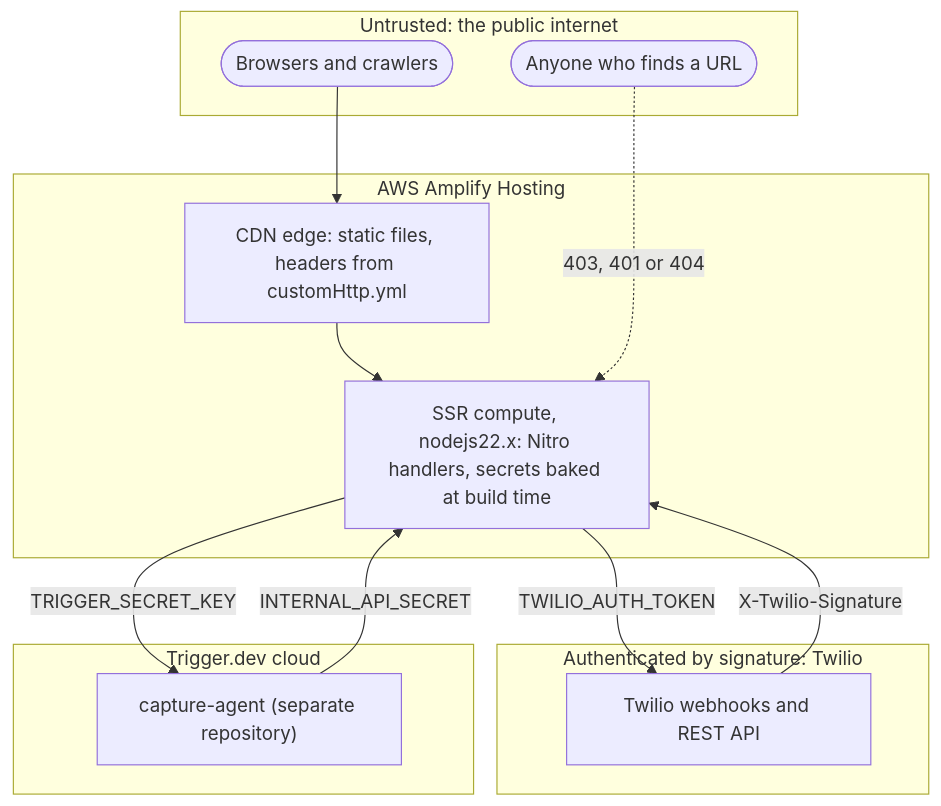
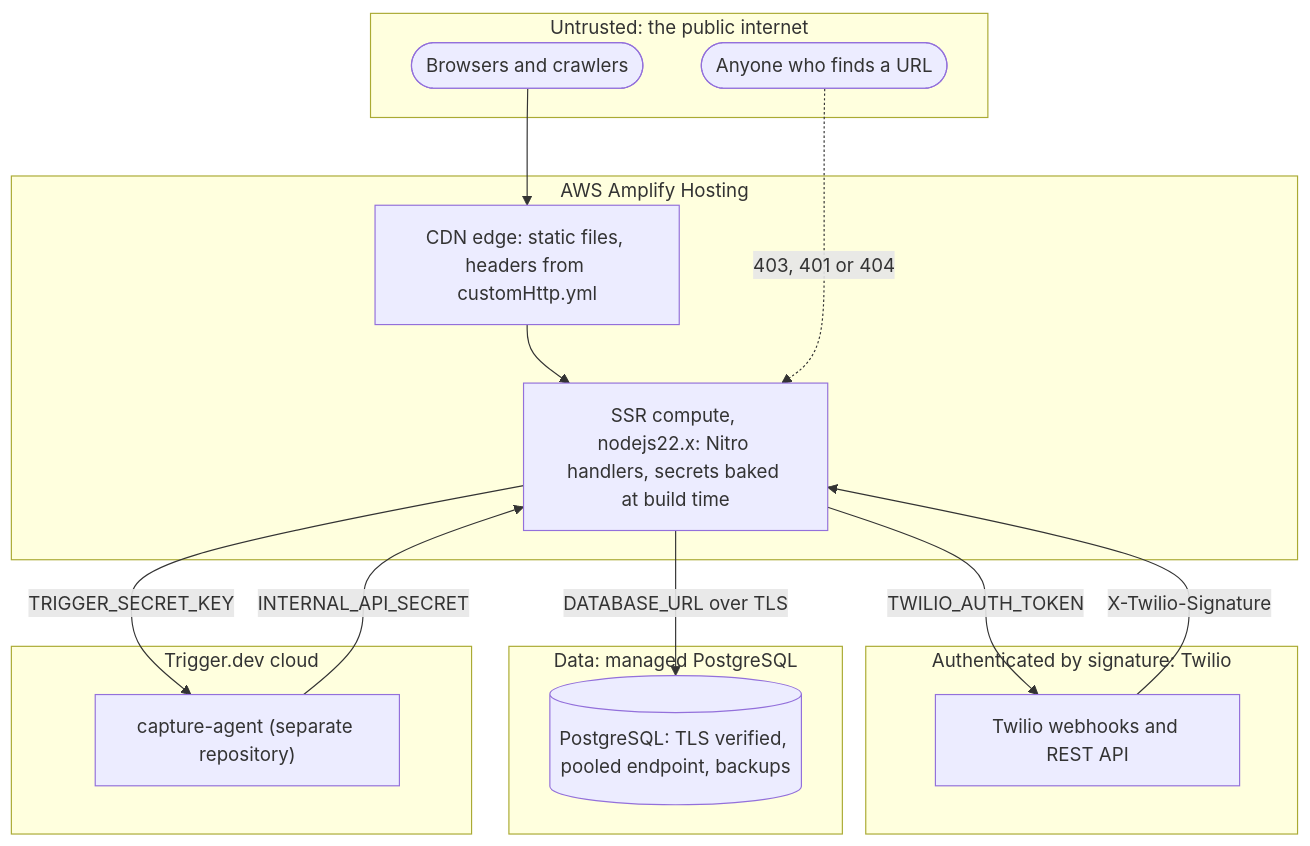
Before and after one commit to oyugimourice/waymark: the sixth of 7 diagrams in docs/Architecture.md, drawn with Mermaid. The commit also changed other lines of this file, not shown here.

First line of the commit message:
Revise Architecture documentation for version 0.2.0

````diff
--- a/docs/Architecture.md
+++ b/docs/Architecture.md
@@ -222,24 +390,28 @@
 ```mermaid
 flowchart TB
   subgraph internet["Untrusted: the public internet"]
     visitor(["Browsers and crawlers"])
     attacker(["Anyone who finds a URL"])
   end
   subgraph twilio["Authenticated by signature: Twilio"]
     tw["Twilio webhooks and REST API"]
   end
   subgraph aws["AWS Amplify Hosting"]
     cdn["CDN edge: static files, headers from customHttp.yml"]
     compute["SSR compute, nodejs22.x: Nitro handlers, secrets baked at build time"]
   end
+  subgraph data["Data: managed PostgreSQL"]
+    db[("PostgreSQL: TLS verified, pooled endpoint, backups")]
+  end
   subgraph tg["Trigger.dev cloud"]
     agent["capture-agent (separate repository)"]
   end
   visitor --> cdn
   cdn --> compute
   attacker -.->|"403, 401 or 404"| compute
   tw -->|"X-Twilio-Signature"| compute
   compute -->|"TRIGGER_SECRET_KEY"| agent
   agent -->|"INTERNAL_API_SECRET"| compute
   compute -->|"TWILIO_AUTH_TOKEN"| tw
+  compute -->|"DATABASE_URL over TLS"| db
 ```
````
